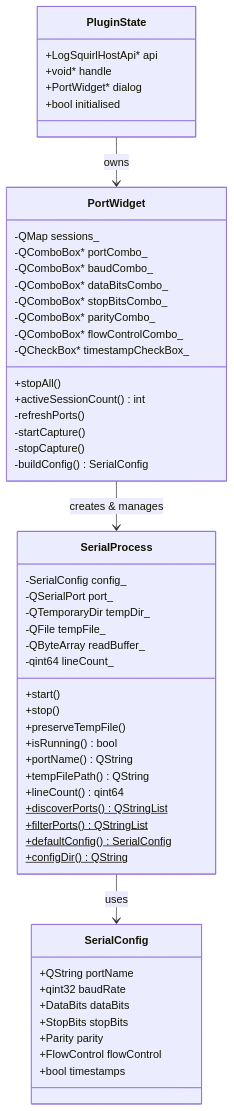
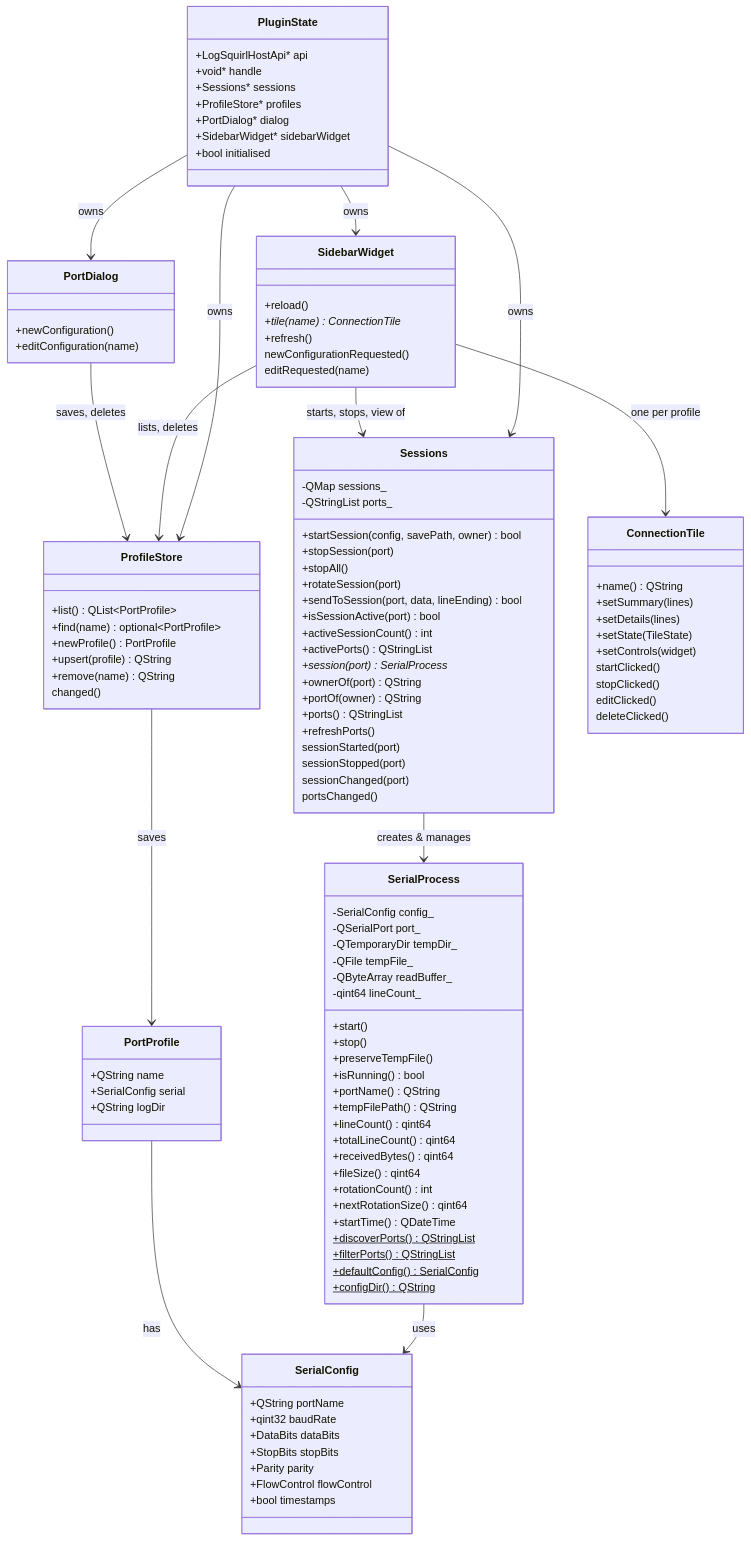
Before and after one commit to 64x-lunicorn/LogSquirl-Serial: the second of 2 diagrams in docs/DEVELOPER_GUIDE.md, drawn with Mermaid. The commit also changed other lines of this file and 31 other files, not shown here.

First line of the commit message:
Saved port configurations as tiles, with live details, Rotate and Send (#54)

````diff
--- a/docs/DEVELOPER_GUIDE.md
+++ b/docs/DEVELOPER_GUIDE.md
@@ -63,7 +67,10 @@
     class PluginState {
         +LogSquirlHostApi* api
         +void* handle
-        +PortWidget* dialog
+        +Sessions* sessions
+        +ProfileStore* profiles
+        +PortDialog* dialog
+        +SidebarWidget* sidebarWidget
         +bool initialised
     }
 
@@ -91,30 +98,90 @@
         +portName() QString
         +tempFilePath() QString
         +lineCount() qint64
+        +totalLineCount() qint64
+        +receivedBytes() qint64
+        +fileSize() qint64
+        +rotationCount() int
+        +nextRotationSize() qint64
+        +startTime() QDateTime
         +discoverPorts()$ QStringList
         +filterPorts()$ QStringList
         +defaultConfig()$ SerialConfig
         +configDir()$ QString
     }
 
-    class PortWidget {
+    class Sessions {
         -QMap sessions_
-        -QComboBox* portCombo_
-        -QComboBox* baudCombo_
-        -QComboBox* dataBitsCombo_
-        -QComboBox* stopBitsCombo_
-        -QComboBox* parityCombo_
-        -QComboBox* flowControlCombo_
-        -QCheckBox* timestampCheckBox_
+        -QStringList ports_
+        +startSession(config, savePath, owner) bool
+        +stopSession(port)
         +stopAll()
+        +rotateSession(port)
+        +sendToSession(port, data, lineEnding) bool
+        +isSessionActive(port) bool
         +activeSessionCount() int
-        -refreshPorts()
-        -startCapture()
-        -stopCapture()
-        -buildConfig() SerialConfig
+        +activePorts() QStringList
+        +session(port) SerialProcess*
+        +ownerOf(port) QString
+        +portOf(owner) QString
+        +ports() QStringList
+        +refreshPorts()
+        sessionStarted(port)
+        sessionStopped(port)
+        sessionChanged(port)
+        portsChanged()
     }
 
-    PortWidget --> SerialProcess : creates & manages
+    class PortProfile {
+        +QString name
+        +SerialConfig serial
+        +QString logDir
+    }
+
+    class ProfileStore {
+        +list() QList~PortProfile~
+        +find(name) optional~PortProfile~
+        +newProfile() PortProfile
+        +upsert(profile) QString
+        +remove(name) QString
+        changed()
+    }
+
+    class PortDialog {
+        +newConfiguration()
+        +editConfiguration(name)
+    }
+
+    class SidebarWidget {
+        +reload()
+        +tile(name) ConnectionTile*
+        +refresh()
+        newConfigurationRequested()
+        editRequested(name)
+    }
+
+    class ConnectionTile {
+        +name() QString
+        +setSummary(lines)
+        +setDetails(lines)
+        +setState(TileState)
+        +setControls(widget)
+        startClicked()
+        stopClicked()
+        editClicked()
+        deleteClicked()
+    }
+
+    Sessions --> SerialProcess : creates & manages
+    ProfileStore --> PortProfile : saves
+    PortProfile --> SerialConfig : has
+    PortDialog --> ProfileStore : saves, deletes
+    SidebarWidget --> ProfileStore : lists, deletes
+    SidebarWidget --> ConnectionTile : one per profile
+    SidebarWidget --> Sessions : starts, stops, view of
     SerialProcess --> SerialConfig : uses
-    PluginState --> PortWidget : owns
+    PluginState --> Sessions : owns
+    PluginState --> ProfileStore : owns
+    PluginState --> PortDialog : owns
+    PluginState --> SidebarWidget : owns
 ```
````
